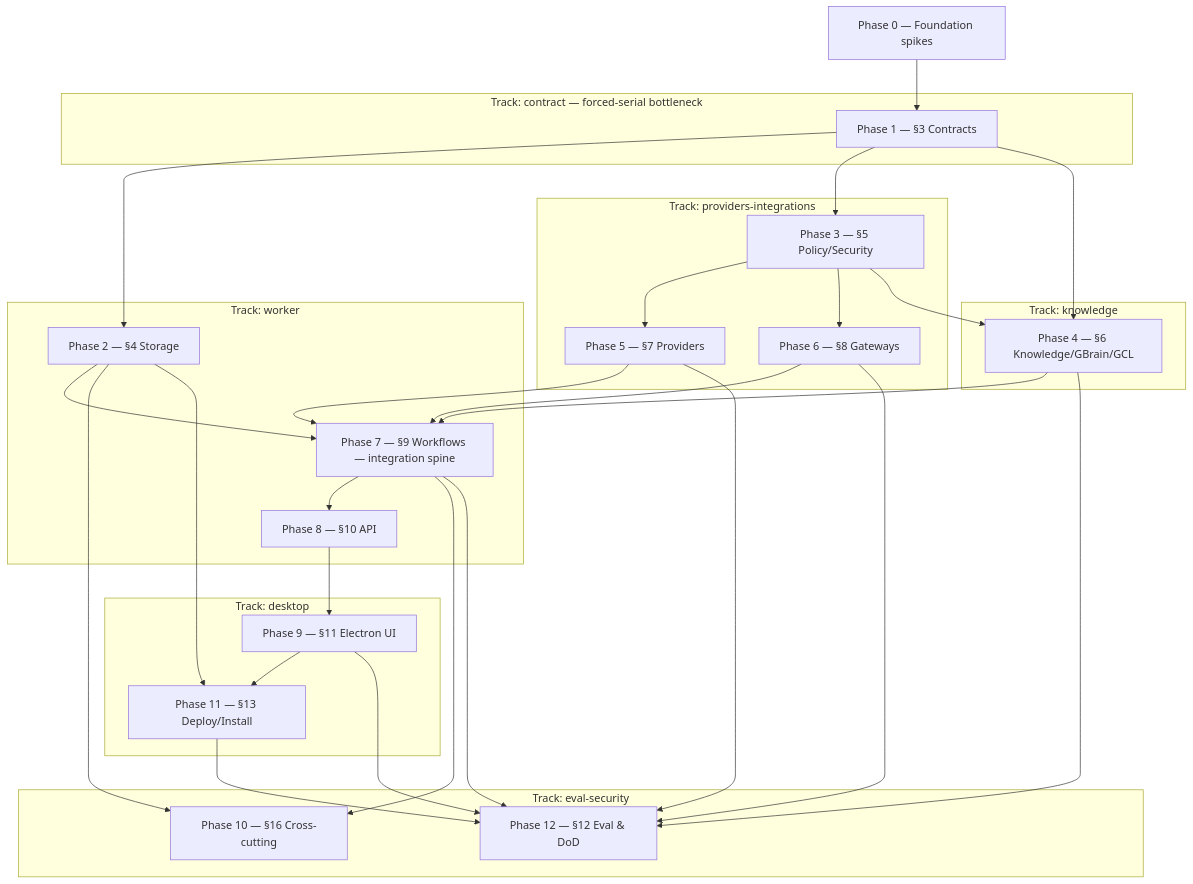
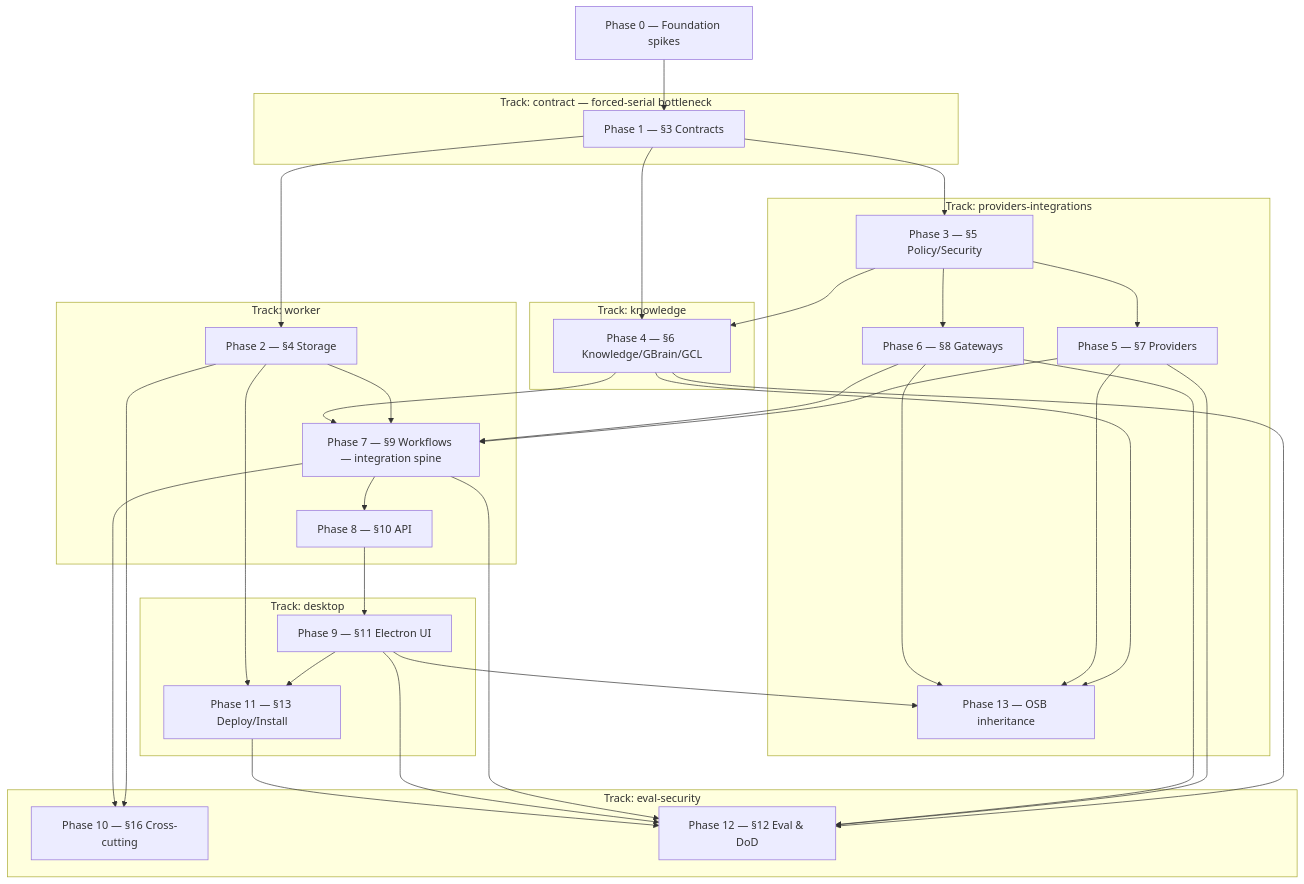
The diagram in IMPLEMENTATION_PLAN.md (SiWarlock/AI-System-Of-Work-Assistant-Agent), drawn with Mermaid before and after one commit. The commit also changed other lines of this file, not shown here.

First line of the commit message:
docs(plan): fold Phase 13 (Obsidian Second Brain inheritance) into IMPLEMENTATION_PLAN

````diff
--- a/IMPLEMENTATION_PLAN.md
+++ b/IMPLEMENTATION_PLAN.md
@@ -179,38 +180,42 @@
 ```mermaid
 flowchart TD
   P0[Phase 0 — Foundation spikes]
   subgraph contract[Track: contract — forced-serial bottleneck]
     P1[Phase 1 — §3 Contracts]
   end
   subgraph worker[Track: worker]
     P2[Phase 2 — §4 Storage]; P7[Phase 7 — §9 Workflows — integration spine]; P8[Phase 8 — §10 API]
   end
   subgraph provint[Track: providers-integrations]
-    P3[Phase 3 — §5 Policy/Security]; P5[Phase 5 — §7 Providers]; P6[Phase 6 — §8 Gateways]
+    P3[Phase 3 — §5 Policy/Security]; P5[Phase 5 — §7 Providers]; P6[Phase 6 — §8 Gateways]; P13[Phase 13 — OSB inheritance]
   end
   subgraph knowledge[Track: knowledge]
     P4[Phase 4 — §6 Knowledge/GBrain/GCL]
   end
   subgraph desktop[Track: desktop]
     P9[Phase 9 — §11 Electron UI]; P11[Phase 11 — §13 Deploy/Install]
   end
   subgraph evalsec[Track: eval-security]
     P10[Phase 10 — §16 Cross-cutting]; P12[Phase 12 — §12 Eval & DoD]
   end
   P0 --> P1
   P1 --> P2 --> P7
   P1 --> P3 --> P5 --> P7
   P3 --> P6 --> P7
   P1 --> P4 --> P7
   P3 --> P4
   P7 --> P8 --> P9 --> P11
   P2 --> P10
   P7 --> P10
   P2 --> P11
   P4 --> P12
   P5 --> P12
   P6 --> P12
   P7 --> P12
   P9 --> P12
   P11 --> P12
+  P4 --> P13
+  P5 --> P13
+  P6 --> P13
+  P9 --> P13
 ```
````
